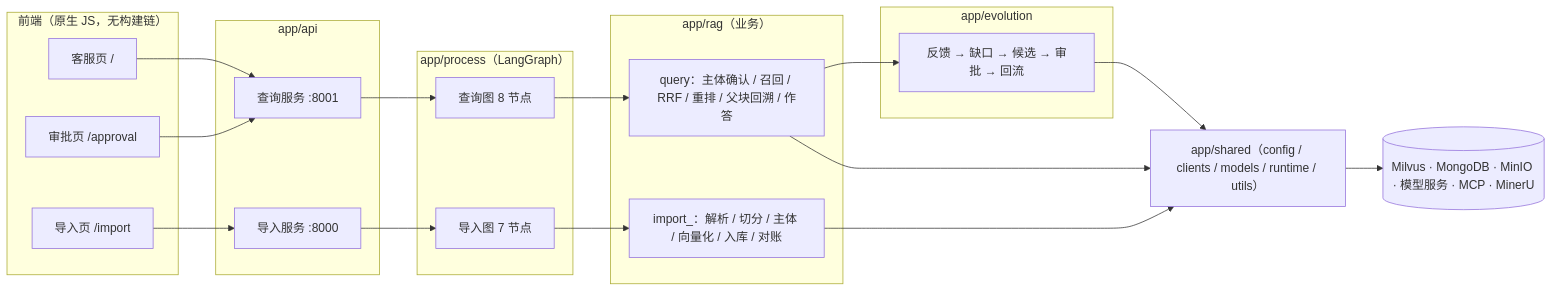
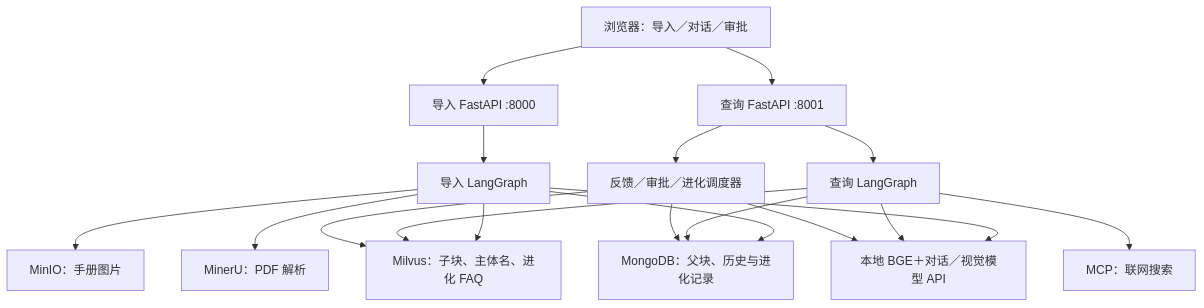
One commit to LZX842056112/se_rag changed the diagram in README.md. Above: the diagram before and after it, drawn with Mermaid. The commit also changed other lines of this file and 3 other files, not shown here.

````diff
--- a/README.md
+++ b/README.md
@@ -60,34 +36,20 @@
 ```mermaid
-flowchart LR
-    subgraph FE["前端（原生 JS，无构建链）"]
-        UI1["客服页 /"]
-        UI2["审批页 /approval"]
-        UI3["导入页 /import"]
-    end
-    subgraph API["app/api"]
-        QS["查询服务 :8001"]
-        IS["导入服务 :8000"]
-    end
-    subgraph PROC["app/process（LangGraph）"]
-        QG["查询图 8 节点"]
-        IG["导入图 7 节点"]
-    end
-    subgraph RAG["app/rag（业务）"]
-        RQ["query：主体确认 / 召回 / RRF / 重排 / 父块回溯 / 作答"]
-        RI["import_：解析 / 切分 / 主体 / 向量化 / 入库 / 对账"]
-    end
-    subgraph EVO["app/evolution"]
-        LOOP["反馈 → 缺口 → 候选 → 审批 → 回流"]
-    end
-    SH["app/shared（config / clients / models / runtime / utils）"]
-    EXT[("Milvus · MongoDB · MinIO · 模型服务 · MCP · MinerU")]
-    UI1 --> QS
-    UI2 --> QS
-    UI3 --> IS
-    QS --> QG --> RQ --> LOOP
-    IS --> IG --> RI
-    RQ --> SH
-    RI --> SH
-    LOOP --> SH
-    SH --> EXT
+flowchart TB
+    UI["浏览器：导入／对话／审批"] --> IMP["导入 FastAPI :8000"]
+    UI --> QUERY["查询 FastAPI :8001"]
+    IMP --> IG["导入 LangGraph"]
+    QUERY --> QG["查询 LangGraph"]
+    QUERY --> EVO["反馈／审批／进化调度器"]
+    IG --> V["Milvus：子块、主体名、进化 FAQ"]
+    QG --> V
+    EVO --> V
+    IG --> M["MongoDB：父块、历史与进化记录"]
+    QG --> M
+    EVO --> M
+    IG --> O["MinIO：手册图片"]
+    IG --> MODEL["本地 BGE＋对话／视觉模型 API"]
+    QG --> MODEL
+    EVO --> MODEL
+    IG --> PDF["MinerU：PDF 解析"]
+    QG --> WEB["MCP：联网搜索"]
 ```
````
